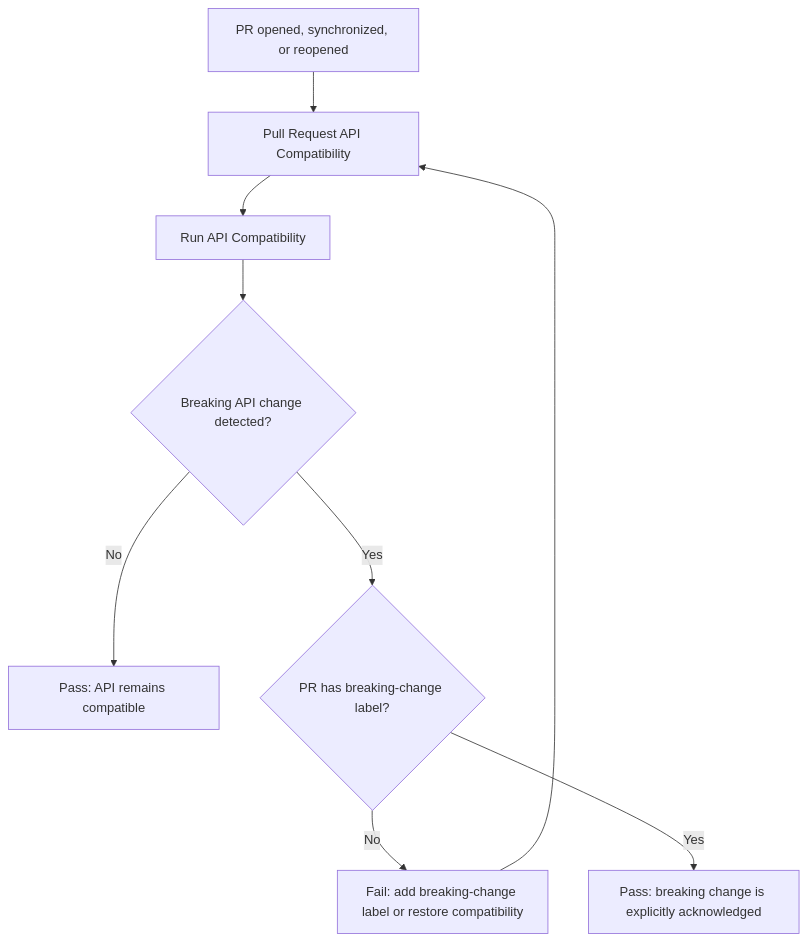
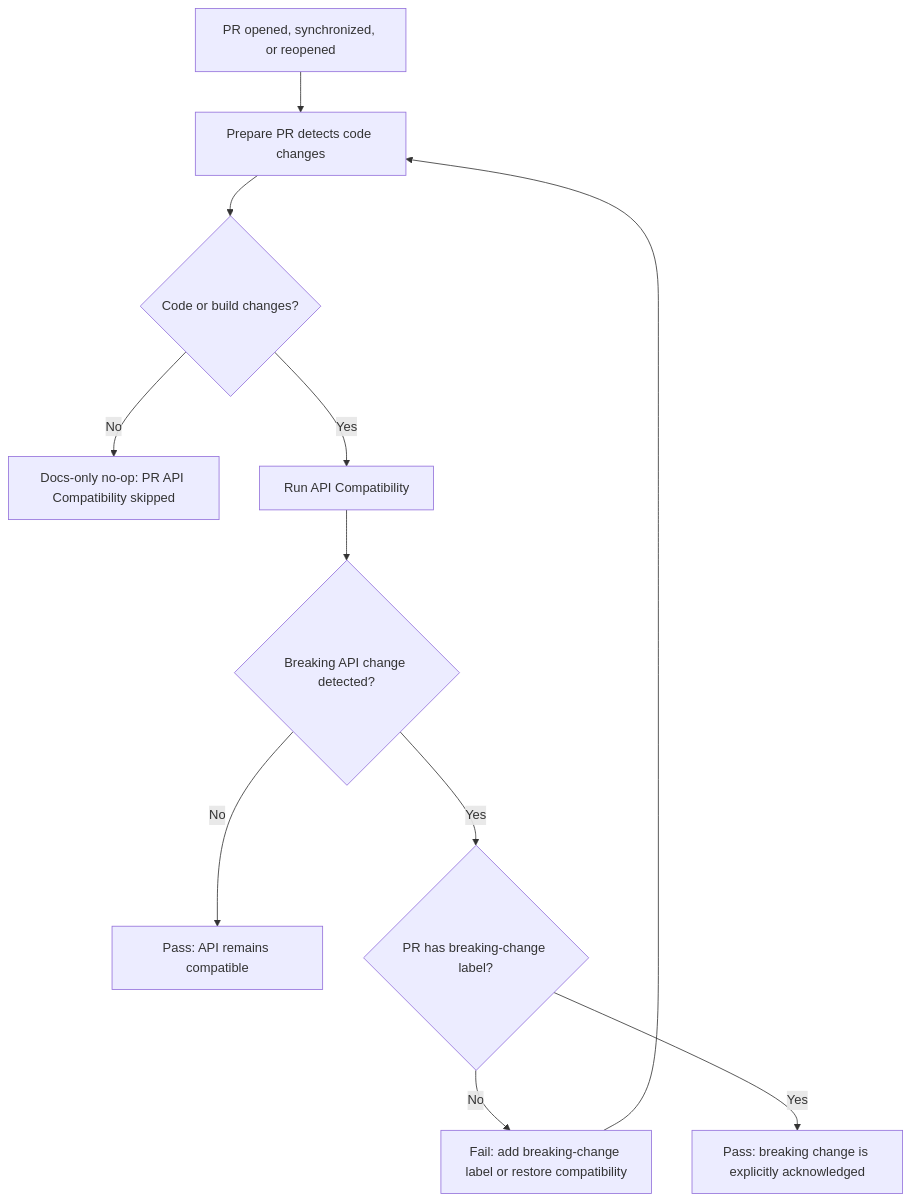
Before and after one commit to HDCharts/charts: the first of 2 diagrams in docs/workflows/api-compatibility.md, drawn with Mermaid. The commit also changed other lines of this file and 3 other files, not shown here.

Commit message:
ci(api): skip API compatibility check on docs-only pull requests (#586)

````diff
--- a/docs/workflows/api-compatibility.md
+++ b/docs/workflows/api-compatibility.md
@@ -10,12 +10,14 @@
 ```mermaid
 flowchart TD
-  A["PR opened, synchronized, or reopened"] --> B["Pull Request API Compatibility"]
-  B --> C["Run API Compatibility"]
-  C --> D{"Breaking API change detected?"}
-  D -- No --> E["Pass: API remains compatible"]
-  D -- Yes --> F{"PR has breaking-change label?"}
-  F -- No --> G["Fail: add breaking-change label or restore compatibility"]
-  F -- Yes --> H["Pass: breaking change is explicitly acknowledged"]
+  A["PR opened, synchronized, or reopened"] --> B["Prepare PR detects code changes"]
+  B --> C{"Code or build changes?"}
+  C -- No --> D["Docs-only no-op: PR API Compatibility skipped"]
+  C -- Yes --> E["Run API Compatibility"]
+  E --> F{"Breaking API change detected?"}
+  F -- No --> G["Pass: API remains compatible"]
+  F -- Yes --> H{"PR has breaking-change label?"}
+  H -- No --> I["Fail: add breaking-change label or restore compatibility"]
+  H -- Yes --> J["Pass: breaking change is explicitly acknowledged"]
 
-  G --> B
+  I --> B
 ```
````
